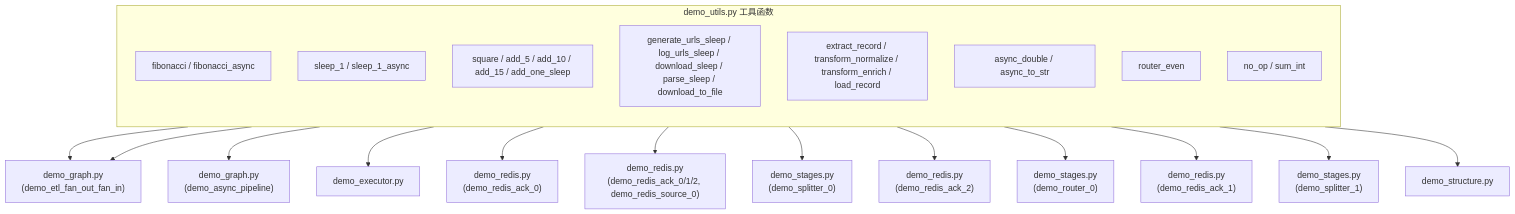
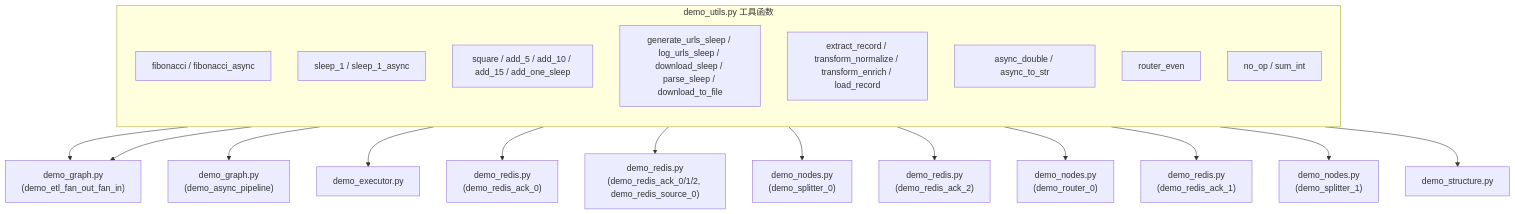
One commit to Mr-xiaotian/CelestialFlow changed the diagram in docs/zh-CN/demo/demo_utils.md. Above: the diagram before and after it, drawn with Mermaid. The commit also changed other lines of this file and 80 other files, not shown here.

````diff
--- a/docs/zh-CN/demo/demo_utils.md
+++ b/docs/zh-CN/demo/demo_utils.md
@@ -13,27 +13,27 @@
 ```mermaid
 flowchart TD
     subgraph Utils["demo_utils.py 工具函数"]
         direction TB
         Fib["fibonacci / fibonacci_async"]
         Sleep1["sleep_1 / sleep_1_async"]
         Compute["square / add_5 / add_10 / add_15 / add_one_sleep"]
         Url["generate_urls_sleep / log_urls_sleep / download_sleep / parse_sleep / download_to_file"]
         ETL["extract_record / transform_normalize / transform_enrich / load_record"]
         Async["async_double / async_to_str"]
         Router["router_even"]
         Misc["no_op / sum_int"]
     end
 
     ETL --> Graph["demo_graph.py<br/>(demo_etl_fan_out_fan_in)"]
     Async --> Graph
     Async --> GraphAsync["demo_graph.py<br/>(demo_async_pipeline)"]
     Fib --> Executor["demo_executor.py"]
     Fib --> Redis0["demo_redis.py<br/>(demo_redis_ack_0)"]
     Sleep1 --> RedisDemo["demo_redis.py<br/>(demo_redis_ack_0/1/2, demo_redis_source_0)"]
-    Url --> StagesSplitter0["demo_stages.py<br/>(demo_splitter_0)"]
+    Url --> StagesSplitter0["demo_nodes.py<br/>(demo_splitter_0)"]
     Url --> Redis2["demo_redis.py<br/>(demo_redis_ack_2)"]
-    Router --> StagesRouter0["demo_stages.py<br/>(demo_router_0)"]
+    Router --> StagesRouter0["demo_nodes.py<br/>(demo_router_0)"]
     Misc --> Redis1["demo_redis.py<br/>(demo_redis_ack_1)"]
-    Misc --> StagesSplitter1["demo_stages.py<br/>(demo_splitter_1)"]
+    Misc --> StagesSplitter1["demo_nodes.py<br/>(demo_splitter_1)"]
     Compute --> Structure["demo_structure.py"]
 ```
````
